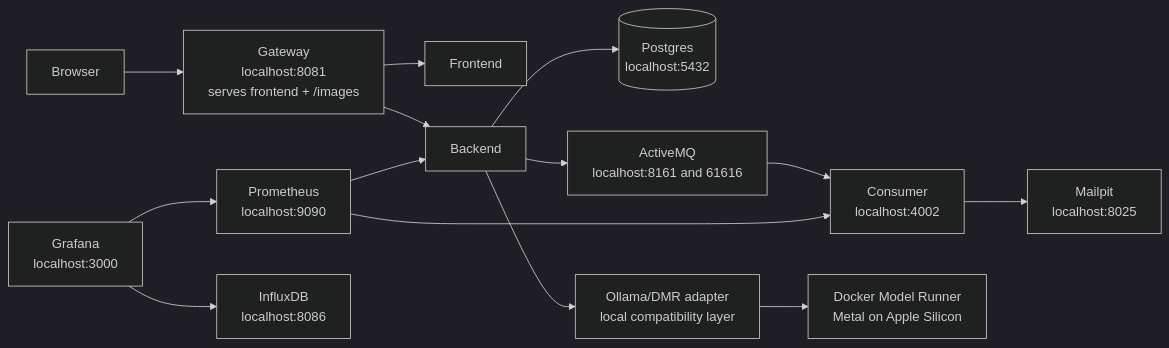
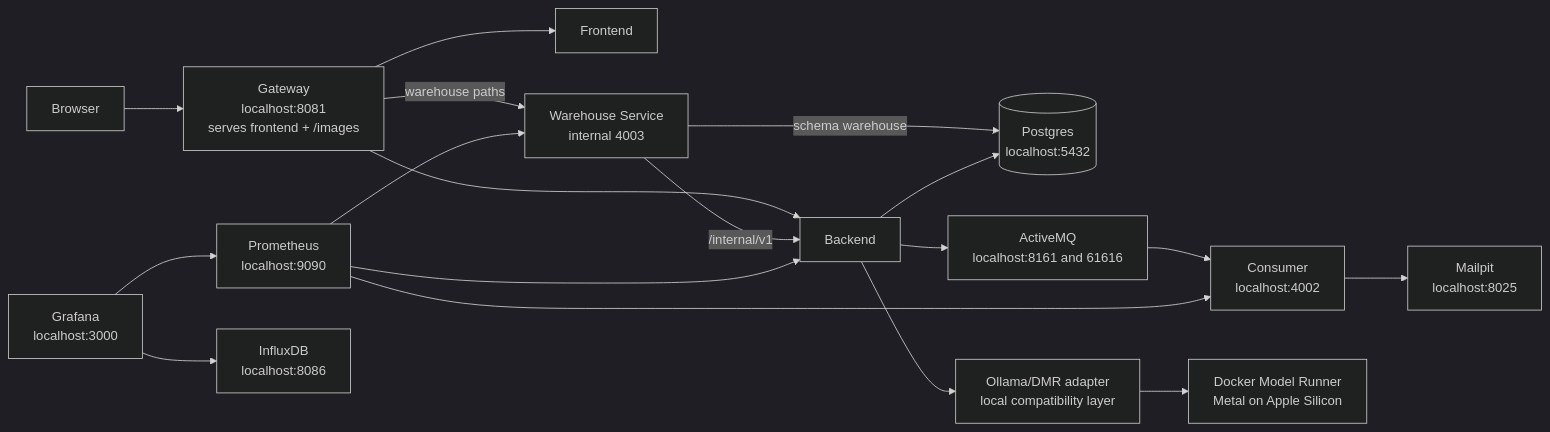
The second of 3 diagrams in README.md (slawekradzyminski/awesome-localstack), drawn with Mermaid (dark theme) before and after one commit. The commit also changed other lines of this file and 39 other files, not shown here.

First line of the commit message:
Add warehouse-service and commerce wave 2 to the stack (#71)

````diff
--- a/README.md
+++ b/README.md
@@ -265,30 +280,35 @@
 ```mermaid
 flowchart LR
     U[Browser]
     G[Gateway<br/>localhost:8081<br/>serves frontend + /images]
     F[Frontend]
     B[Backend]
+    W[Warehouse Service<br/>internal 4003]
     DB[(Postgres<br/>localhost:5432)]
     MQ[ActiveMQ<br/>localhost:8161 and 61616]
     C[Consumer<br/>localhost:4002]
     M[Mailpit<br/>localhost:8025]
     A[Ollama/DMR adapter<br/>local compatibility layer]
     O[Docker Model Runner<br/>Metal on Apple Silicon]
     P[Prometheus<br/>localhost:9090]
     GR[Grafana<br/>localhost:3000]
     I[InfluxDB<br/>localhost:8086]
 
     U --> G
     G --> F
     G --> B
+    G -->|warehouse paths| W
+    W -->|/internal/v1| B
+    W -->|schema warehouse| DB
     B --> DB
     B --> MQ
     MQ --> C
     C --> M
     B --> A
     A --> O
     P --> B
     P --> C
+    P --> W
     GR --> P
     GR --> I
 ```
````
